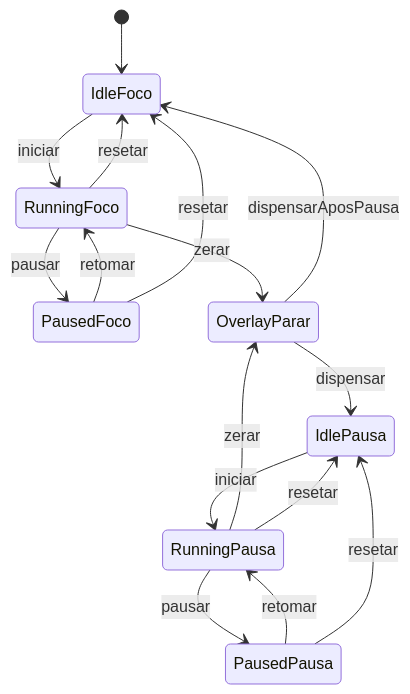
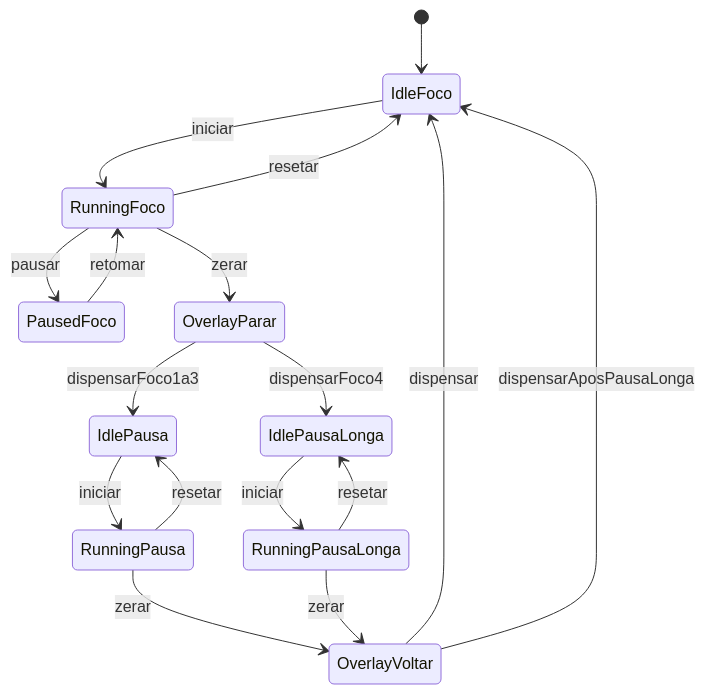
The diagram in PLANEJAMENTO.md (SantosPauloRF/Pomodoro), drawn with Mermaid before and after one commit. The commit also changed other lines of this file and 29 other files, not shown here.

````diff
--- a/PLANEJAMENTO.md
+++ b/PLANEJAMENTO.md
@@ -29,18 +30,19 @@
 ```mermaid
 stateDiagram-v2
   [*] --> IdleFoco
   IdleFoco --> RunningFoco: iniciar
   RunningFoco --> PausedFoco: pausar
   PausedFoco --> RunningFoco: retomar
   RunningFoco --> OverlayParar: zerar
-  OverlayParar --> IdlePausa: dispensar
+  OverlayParar --> IdlePausa: dispensarFoco1a3
+  OverlayParar --> IdlePausaLonga: dispensarFoco4
   IdlePausa --> RunningPausa: iniciar
-  RunningPausa --> PausedPausa: pausar
-  PausedPausa --> RunningPausa: retomar
-  RunningPausa --> OverlayParar: zerar
-  OverlayParar --> IdleFoco: dispensarAposPausa
+  RunningPausa --> OverlayVoltar: zerar
+  OverlayVoltar --> IdleFoco: dispensar
+  IdlePausaLonga --> RunningPausaLonga: iniciar
+  RunningPausaLonga --> OverlayVoltar: zerar
+  OverlayVoltar --> IdleFoco: dispensarAposPausaLonga
   RunningFoco --> IdleFoco: resetar
-  PausedFoco --> IdleFoco: resetar
   RunningPausa --> IdlePausa: resetar
-  PausedPausa --> IdlePausa: resetar
+  RunningPausaLonga --> IdlePausaLonga: resetar
 ```
````
